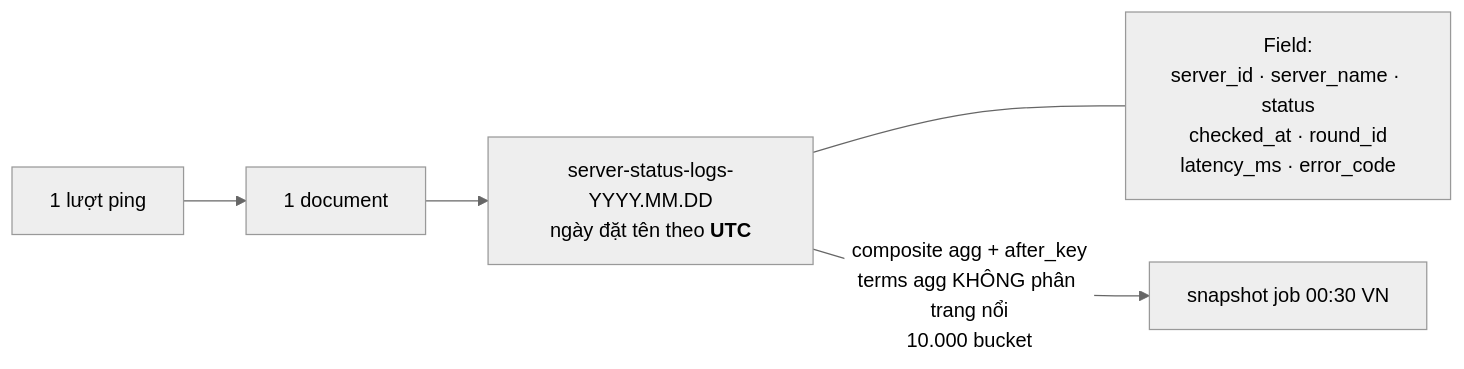
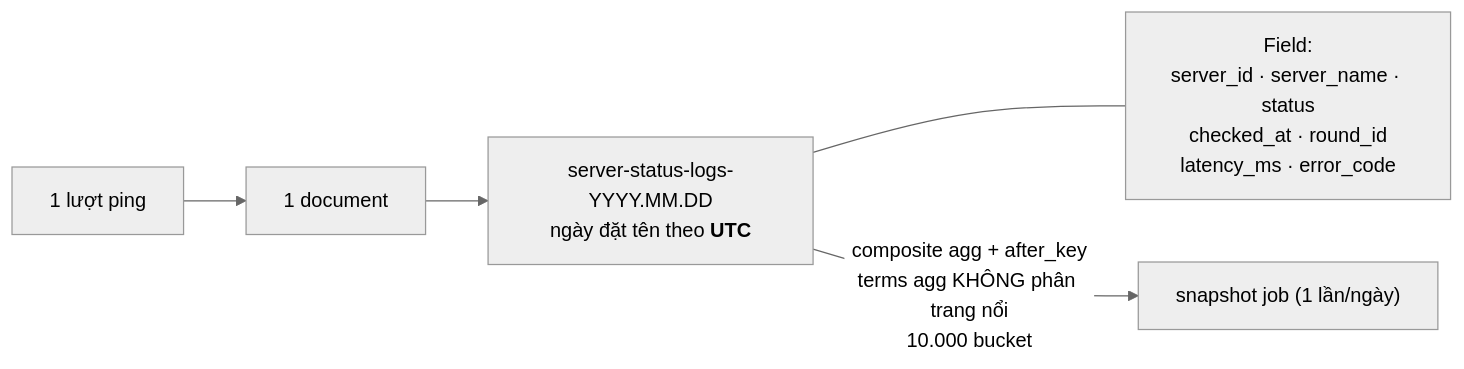
The tenth of 10 diagrams in .claude/diagrams/erd-diagram.md (dwchwang/sms_microservice), drawn with Mermaid (neutral theme) before and after one commit. The commit also changed other lines of this file and 24 other files, not shown here.

````diff
--- a/.claude/diagrams/erd-diagram.md
+++ b/.claude/diagrams/erd-diagram.md
@@ -262,10 +346,10 @@
 ```mermaid
 graph LR
     A["1 lượt ping"] --> B["1 document"]
     B --> C["server-status-logs-YYYY.MM.DD<br/>ngày đặt tên theo <b>UTC</b>"]
 
     D["Field:<br/>server_id · server_name · status<br/>checked_at · round_id<br/>latency_ms · error_code"]
     C --- D
 
-    C -->|"composite agg + after_key<br/>terms agg KHÔNG phân trang nổi<br/>10.000 bucket"| E["snapshot job 00:30 VN"]
+    C -->|"composite agg + after_key<br/>terms agg KHÔNG phân trang nổi<br/>10.000 bucket"| E["snapshot job (1 lần/ngày)"]
 ```
````
